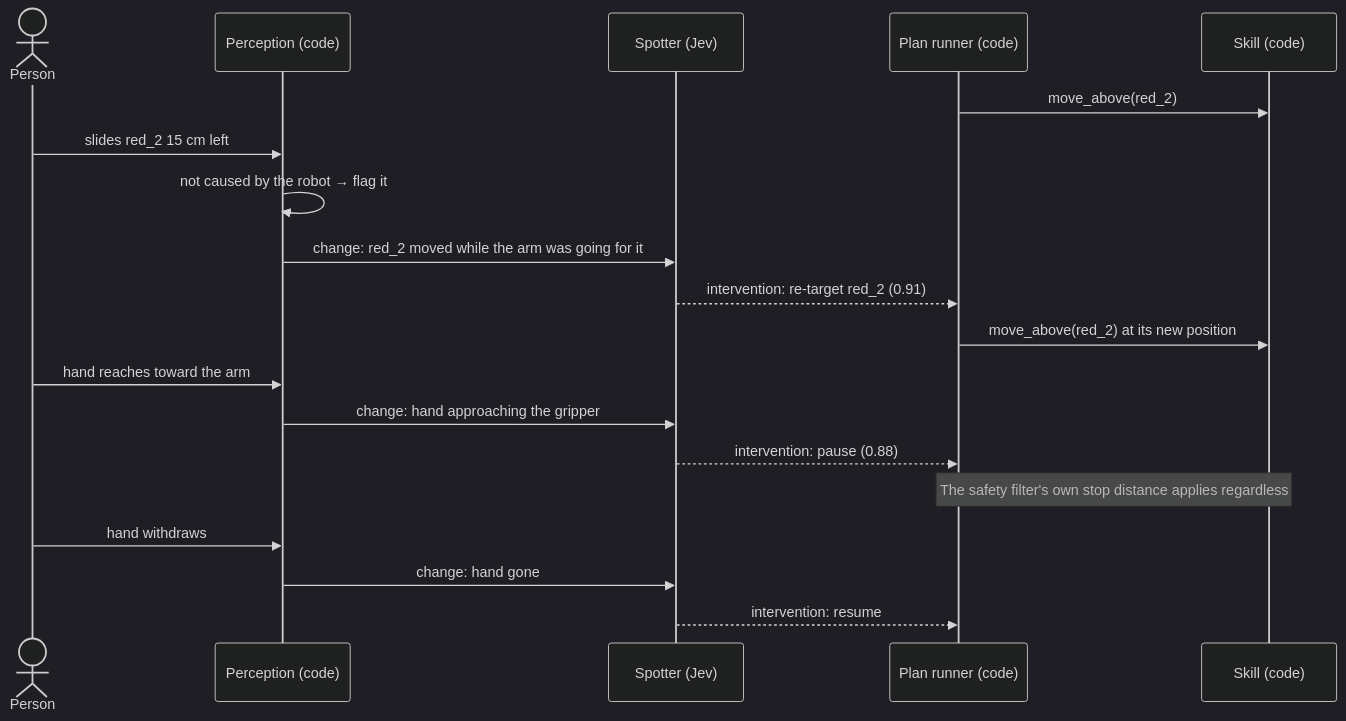
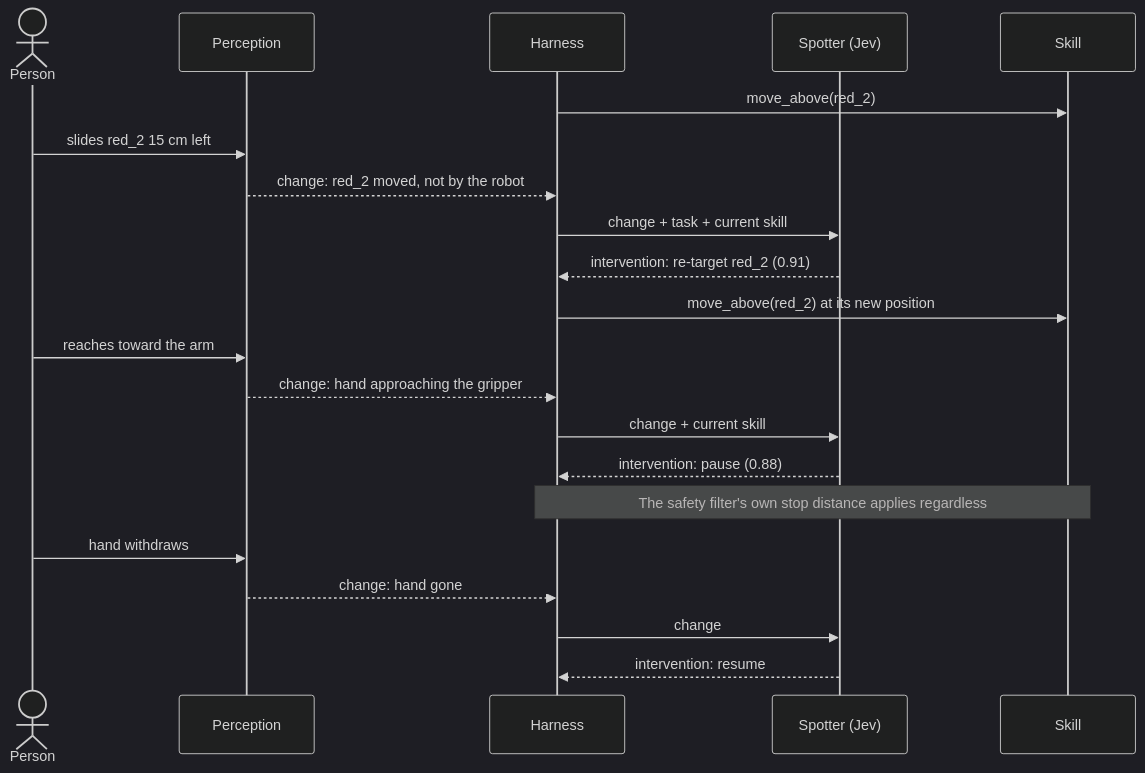
Before and after one commit to alee792/robojev: the fourth of 6 diagrams in docs/v2-diagrams.md, drawn with Mermaid (dark theme). The commit also changed other lines of this file and 1 other file, not shown here.

First line of the commit message:
v2 diagrams: event bus and async layers, perception on top, start-up sequence, unambiguous wrong-plan example; v2.md: harness, how it runs, task = final arrangement

````diff
--- a/docs/v2-diagrams.md
+++ b/docs/v2-diagrams.md
@@ -99,22 +106,24 @@
 ```mermaid
 sequenceDiagram
-    actor H as Person
-    participant W as Perception (code)
+    actor Pe as Person
+    participant W as Perception
+    participant H as Harness
     participant Sp as Spotter (Jev)
-    participant R as Plan runner (code)
-    participant K as Skill (code)
+    participant K as Skill
 
-    R->>K: move_above(red_2)
-    H->>W: slides red_2 15 cm left
-    W->>W: not caused by the robot → flag it
-    W->>Sp: change: red_2 moved while the arm was going for it
-    Sp-->>R: intervention: re-target red_2 (0.91)
-    R->>K: move_above(red_2) at its new position
-    H->>W: hand reaches toward the arm
-    W->>Sp: change: hand approaching the gripper
-    Sp-->>R: intervention: pause (0.88)
-    Note over R,K: The safety filter's own stop distance applies regardless
-    H->>W: hand withdraws
-    W->>Sp: change: hand gone
-    Sp-->>R: intervention: resume
+    H->>K: move_above(red_2)
+    Pe->>W: slides red_2 15 cm left
+    W-->>H: change: red_2 moved, not by the robot
+    H->>Sp: change + task + current skill
+    Sp-->>H: intervention: re-target red_2 (0.91)
+    H->>K: move_above(red_2) at its new position
+    Pe->>W: reaches toward the arm
+    W-->>H: change: hand approaching the gripper
+    H->>Sp: change + current skill
+    Sp-->>H: intervention: pause (0.88)
+    Note over H,K: The safety filter's own stop distance applies regardless
+    Pe->>W: hand withdraws
+    W-->>H: change: hand gone
+    H->>Sp: change
+    Sp-->>H: intervention: resume
 ```
````
